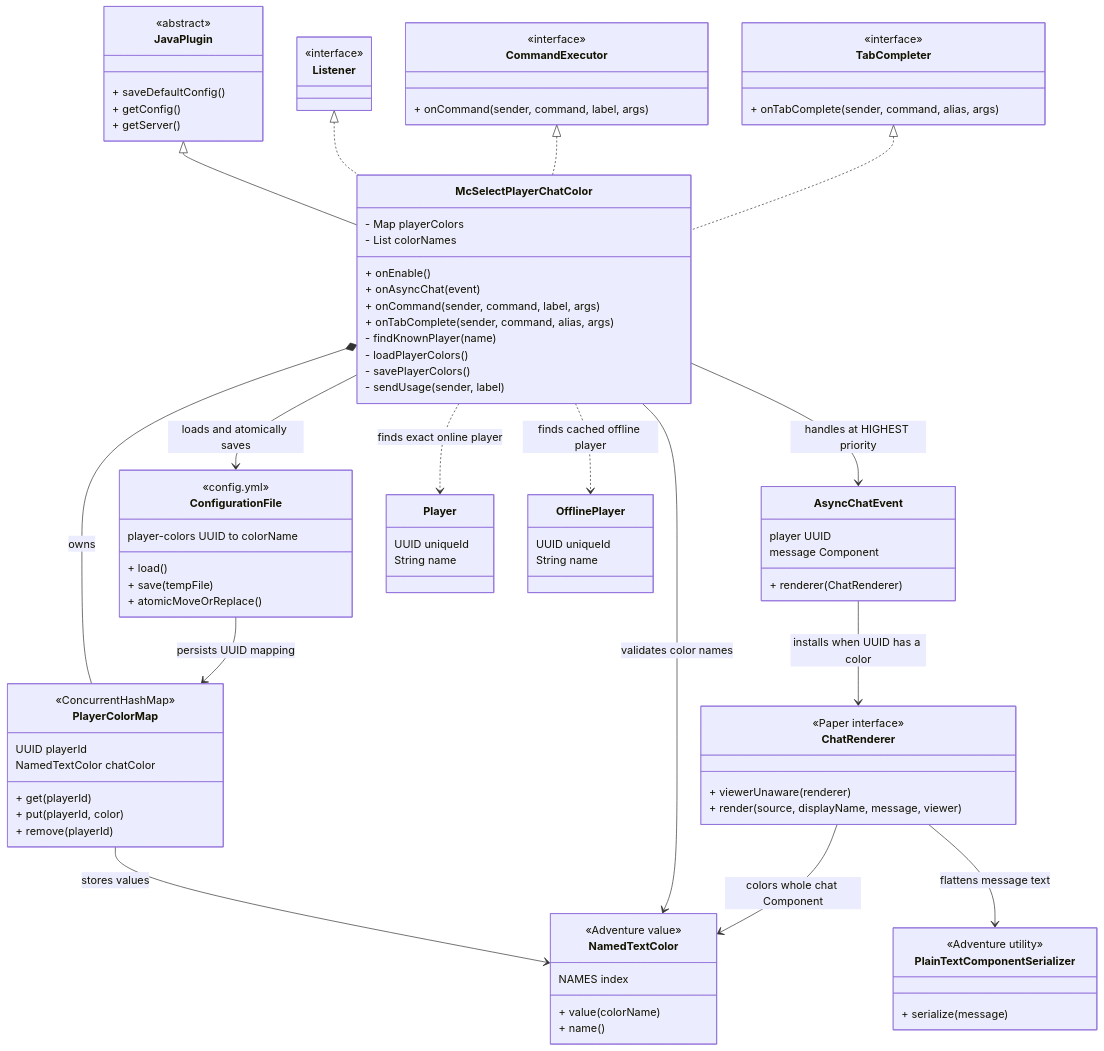
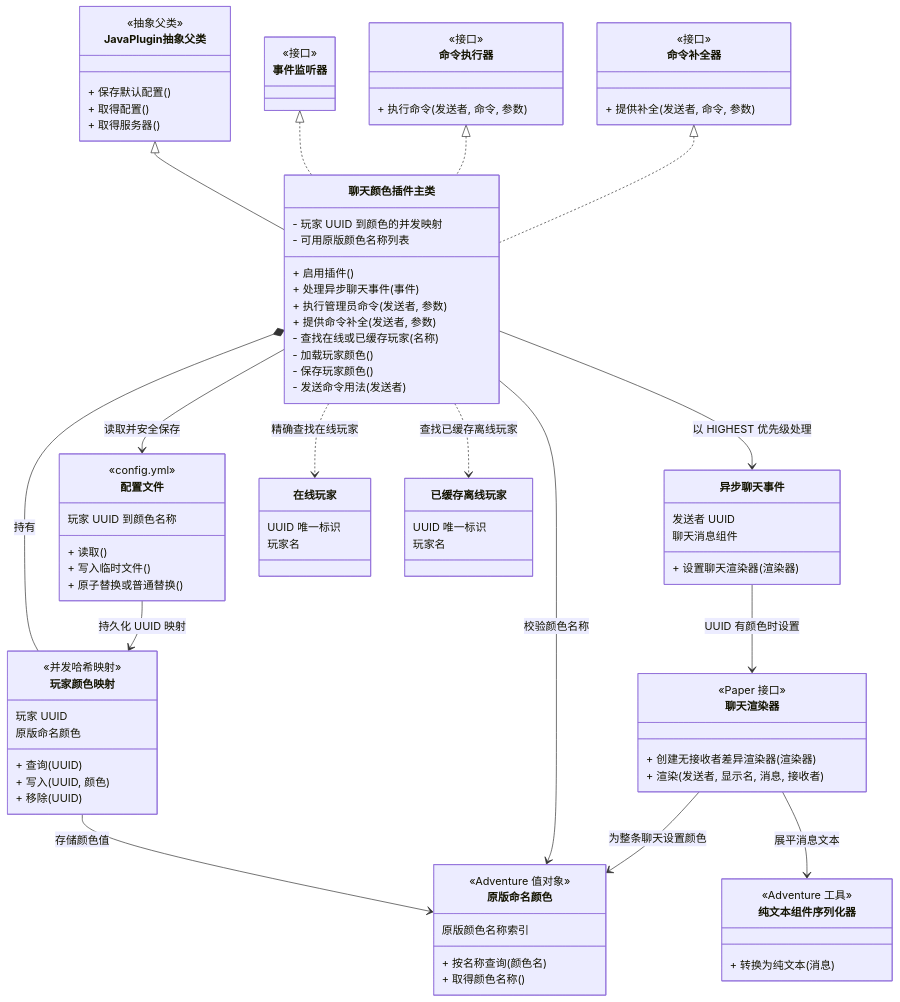
One commit to ra1nyxin/mc-select-player-chat-color changed the diagram in README.md. Above: the diagram before and after it, drawn with Mermaid.

Commit message:
Localize class diagram in Chinese

````diff
--- a/README.md
+++ b/README.md
@@ -33,106 +33,106 @@
 classDiagram
     direction TB
 
-    class McSelectPlayerChatColor {
-        - Map playerColors
-        - List colorNames
-        + onEnable()
-        + onAsyncChat(event)
-        + onCommand(sender, command, label, args)
-        + onTabComplete(sender, command, alias, args)
-        - findKnownPlayer(name)
-        - loadPlayerColors()
-        - savePlayerColors()
-        - sendUsage(sender, label)
+    class 聊天颜色插件主类 {
+        - 玩家 UUID 到颜色的并发映射
+        - 可用原版颜色名称列表
+        + 启用插件()
+        + 处理异步聊天事件(事件)
+        + 执行管理员命令(发送者, 参数)
+        + 提供命令补全(发送者, 参数)
+        - 查找在线或已缓存玩家(名称)
+        - 加载玩家颜色()
+        - 保存玩家颜色()
+        - 发送命令用法(发送者)
     }
 
-    class JavaPlugin {
-        <<abstract>>
-        + saveDefaultConfig()
-        + getConfig()
-        + getServer()
+    class JavaPlugin抽象父类 {
+        <<抽象父类>>
+        + 保存默认配置()
+        + 取得配置()
+        + 取得服务器()
     }
 
-    class Listener {
-        <<interface>>
+    class 事件监听器 {
+        <<接口>>
     }
 
-    class CommandExecutor {
-        <<interface>>
-        + onCommand(sender, command, label, args)
+    class 命令执行器 {
+        <<接口>>
+        + 执行命令(发送者, 命令, 参数)
     }
 
-    class TabCompleter {
-        <<interface>>
-        + onTabComplete(sender, command, alias, args)
+    class 命令补全器 {
+        <<接口>>
+        + 提供补全(发送者, 命令, 参数)
     }
 
-    class PlayerColorMap {
-        <<ConcurrentHashMap>>
-        UUID playerId
-        NamedTextColor chatColor
-        + get(playerId)
-        + put(playerId, color)
-        + remove(playerId)
+    class 玩家颜色映射 {
+        <<并发哈希映射>>
+        玩家 UUID
+        原版命名颜色
+        + 查询(UUID)
+        + 写入(UUID, 颜色)
+        + 移除(UUID)
     }
 
-    class ConfigurationFile {
+    class 配置文件 {
         <<config.yml>>
-        player-colors UUID to colorName
-        + load()
-        + save(tempFile)
-        + atomicMoveOrReplace()
+        玩家 UUID 到颜色名称
+        + 读取()
+        + 写入临时文件()
+        + 原子替换或普通替换()
     }
 
-    class NamedTextColor {
-        <<Adventure value>>
-        NAMES index
-        + value(colorName)
-        + name()
+    class 原版命名颜色 {
+        <<Adventure 值对象>>
+        原版颜色名称索引
+        + 按名称查询(颜色名)
+        + 取得颜色名称()
     }
 
-    class AsyncChatEvent {
-        player UUID
-        message Component
-        + renderer(ChatRenderer)
+    class 异步聊天事件 {
+        发送者 UUID
+        聊天消息组件
+        + 设置聊天渲染器(渲染器)
     }
 
-    class ChatRenderer {
-        <<Paper interface>>
-        + viewerUnaware(renderer)
-        + render(source, displayName, message, viewer)
+    class 聊天渲染器 {
+        <<Paper 接口>>
+        + 创建无接收者差异渲染器(渲染器)
+        + 渲染(发送者, 显示名, 消息, 接收者)
     }
 
-    class PlainTextComponentSerializer {
-        <<Adventure utility>>
-        + serialize(message)
+    class 纯文本组件序列化器 {
+        <<Adventure 工具>>
+        + 转换为纯文本(消息)
     }
 
-    class Player {
-        UUID uniqueId
-        String name
+    class 在线玩家 {
+        UUID 唯一标识
+        玩家名
     }
 
-    class OfflinePlayer {
-        UUID uniqueId
-        String name
+    class 已缓存离线玩家 {
+        UUID 唯一标识
+        玩家名
     }
 
-    JavaPlugin <|-- McSelectPlayerChatColor
-    Listener <|.. McSelectPlayerChatColor
-    CommandExecutor <|.. McSelectPlayerChatColor
-    TabCompleter <|.. McSelectPlayerChatColor
+    JavaPlugin抽象父类 <|-- 聊天颜色插件主类
+    事件监听器 <|.. 聊天颜色插件主类
+    命令执行器 <|.. 聊天颜色插件主类
+    命令补全器 <|.. 聊天颜色插件主类
 
-    McSelectPlayerChatColor *-- PlayerColorMap : owns
-    McSelectPlayerChatColor --> ConfigurationFile : loads and atomically saves
-    ConfigurationFile --> PlayerColorMap : persists UUID mapping
-    PlayerColorMap --> NamedTextColor : stores values
-    McSelectPlayerChatColor --> NamedTextColor : validates color names
+    聊天颜色插件主类 *-- 玩家颜色映射 : 持有
+    聊天颜色插件主类 --> 配置文件 : 读取并安全保存
+    配置文件 --> 玩家颜色映射 : 持久化 UUID 映射
+    玩家颜色映射 --> 原版命名颜色 : 存储颜色值
+    聊天颜色插件主类 --> 原版命名颜色 : 校验颜色名称
 
-    McSelectPlayerChatColor ..> Player : finds exact online player
-    McSelectPlayerChatColor ..> OfflinePlayer : finds cached offline player
-    McSelectPlayerChatColor --> AsyncChatEvent : handles at HIGHEST priority
-    AsyncChatEvent --> ChatRenderer : installs when UUID has a color
-    ChatRenderer --> PlainTextComponentSerializer : flattens message text
-    ChatRenderer --> NamedTextColor : colors whole chat Component
+    聊天颜色插件主类 ..> 在线玩家 : 精确查找在线玩家
+    聊天颜色插件主类 ..> 已缓存离线玩家 : 查找已缓存离线玩家
+    聊天颜色插件主类 --> 异步聊天事件 : 以 HIGHEST 优先级处理
+    异步聊天事件 --> 聊天渲染器 : UUID 有颜色时设置
+    聊天渲染器 --> 纯文本组件序列化器 : 展平消息文本
+    聊天渲染器 --> 原版命名颜色 : 为整条聊天设置颜色
 ```
````
